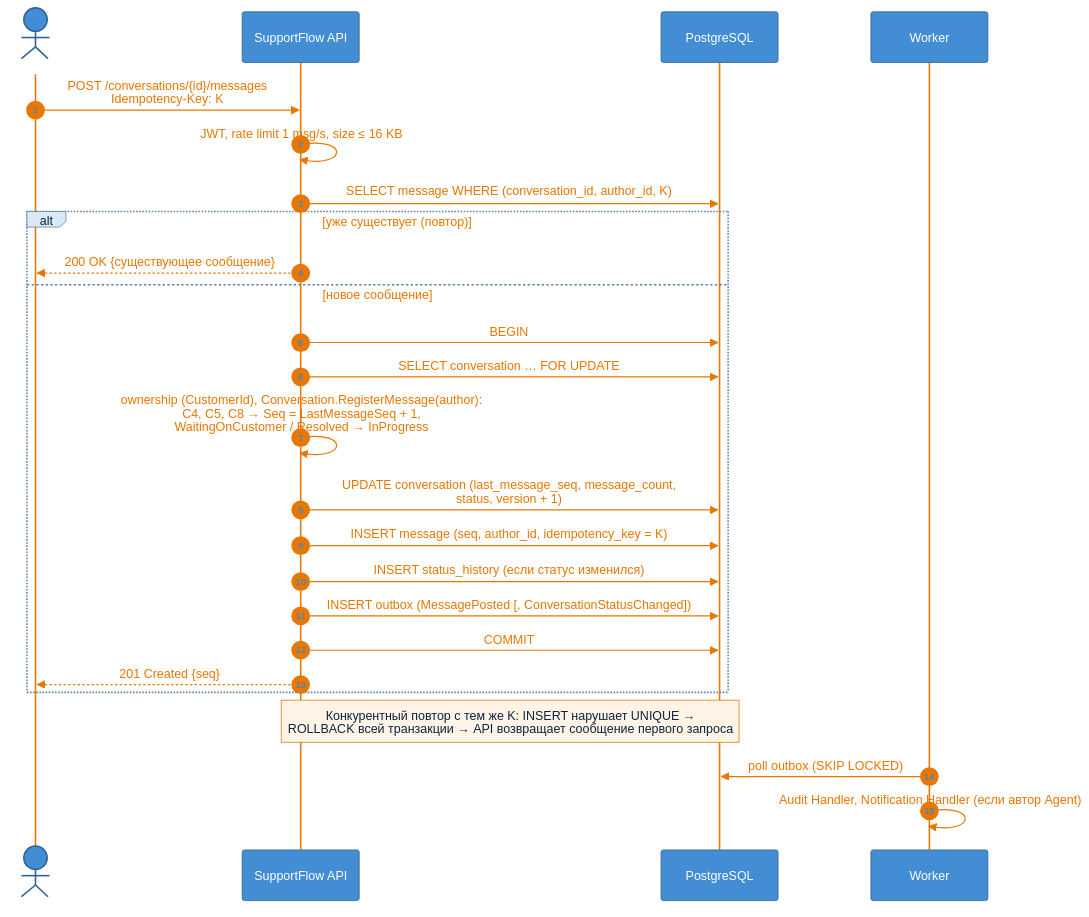
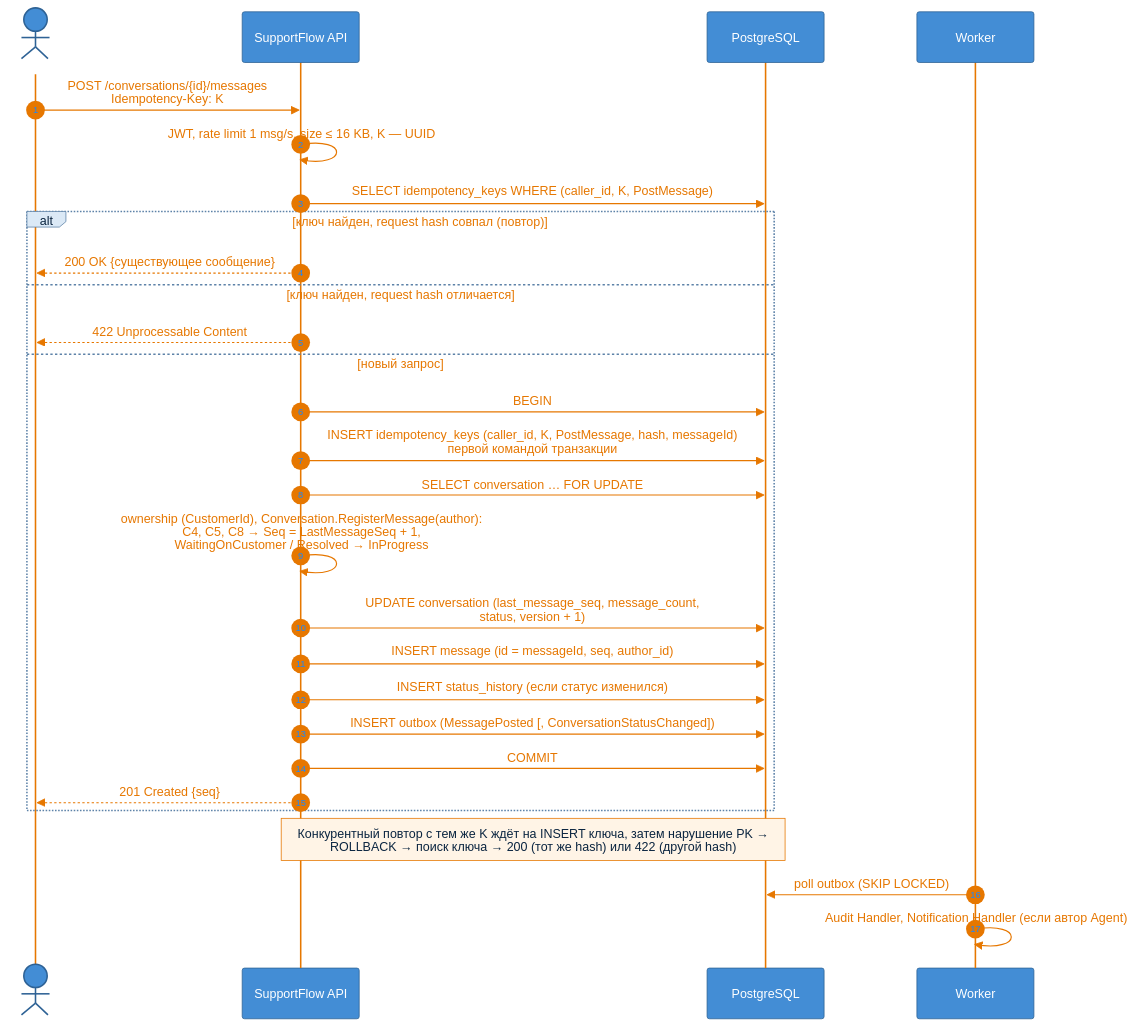
One commit to iarel/SupportFlow changed the fourth of 6 diagrams in docs/architecture/components.md. Above: the diagram before and after it, drawn with Mermaid. The commit also changed other lines of this file and 12 other files, not shown here.

First line of the commit message:
Document idempotency keys, integration events and user accounts

````diff
--- a/docs/architecture/components.md
+++ b/docs/architecture/components.md
@@ -244,29 +247,32 @@
 ```mermaid
 %%{init: {"theme":"base","themeVariables":{"primaryColor":"#dbe9f6","primaryTextColor":"#0b2540","primaryBorderColor":"#5d82a8","lineColor":"#e67700","secondaryColor":"#dbe9f6","tertiaryColor":"#f1f5fa","clusterBkg":"#f1f5fa","clusterBorder":"#5d82a8","titleColor":"#0b4884","edgeLabelBackground":"#fff4e6","textColor":"#e67700","actorBkg":"#438dd5","actorTextColor":"#ffffff","actorBorder":"#2e6295","actorLineColor":"#e67700","signalColor":"#e67700","signalTextColor":"#e67700","labelBoxBkgColor":"#dbe9f6","labelBoxBorderColor":"#5d82a8","labelTextColor":"#0b2540","loopTextColor":"#e67700","noteBkgColor":"#fff4e6","noteTextColor":"#0b2540","noteBorderColor":"#e67700","activationBkgColor":"#dbe9f6","attributeBackgroundColorOdd":"#ffffff","attributeBackgroundColorEven":"#f1f5fa"}}}%%
 sequenceDiagram
     autonumber
     actor C as Customer
     participant API as SupportFlow API
     participant DB as PostgreSQL
     participant W as Worker
 
     C->>API: POST /conversations/{id}/messages<br/>Idempotency-Key: K
-    API->>API: JWT, rate limit 1 msg/s, size ≤ 16 KB
-    API->>DB: SELECT message WHERE (conversation_id, author_id, K)
-    alt уже существует (повтор)
+    API->>API: JWT, rate limit 1 msg/s, size ≤ 16 KB, K — UUID
+    API->>DB: SELECT idempotency_keys WHERE (caller_id, K, PostMessage)
+    alt ключ найден, request hash совпал (повтор)
         API-->>C: 200 OK {существующее сообщение}
-    else новое сообщение
+    else ключ найден, request hash отличается
+        API-->>C: 422 Unprocessable Content
+    else новый запрос
         API->>DB: BEGIN
+        API->>DB: INSERT idempotency_keys (caller_id, K, PostMessage, hash, messageId)<br/>первой командой транзакции
         API->>DB: SELECT conversation … FOR UPDATE
         API->>API: ownership (CustomerId), Conversation.RegisterMessage(author):<br/>C4, C5, C8 → Seq = LastMessageSeq + 1,<br/>WaitingOnCustomer / Resolved → InProgress
         API->>DB: UPDATE conversation (last_message_seq, message_count,<br/>status, version + 1)
-        API->>DB: INSERT message (seq, author_id, idempotency_key = K)
+        API->>DB: INSERT message (id = messageId, seq, author_id)
         API->>DB: INSERT status_history (если статус изменился)
         API->>DB: INSERT outbox (MessagePosted [, ConversationStatusChanged])
         API->>DB: COMMIT
         API-->>C: 201 Created {seq}
     end
-    Note over API,DB: Конкурентный повтор с тем же K: INSERT нарушает UNIQUE →<br/>ROLLBACK всей транзакции → API возвращает сообщение первого запроса
+    Note over API,DB: Конкурентный повтор с тем же K ждёт на INSERT ключа, затем нарушение PK →<br/>ROLLBACK → поиск ключа → 200 (тот же hash) или 422 (другой hash)
     W->>DB: poll outbox (SKIP LOCKED)
     W->>W: Audit Handler, Notification Handler (если автор Agent)
 ```
````
